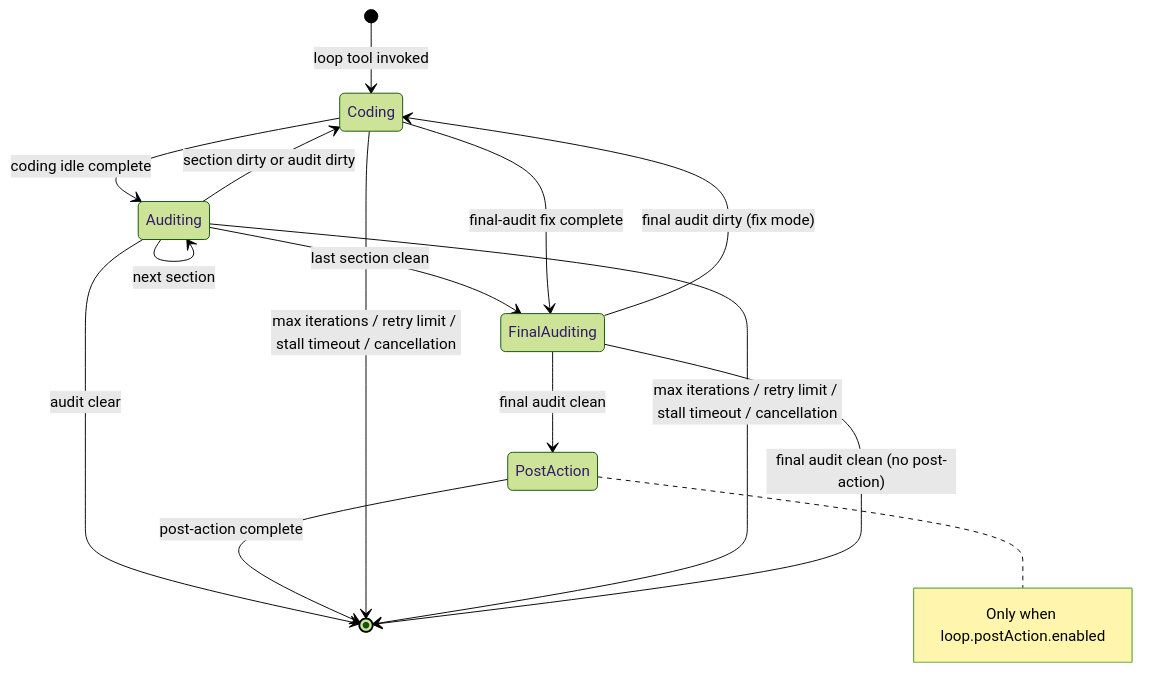
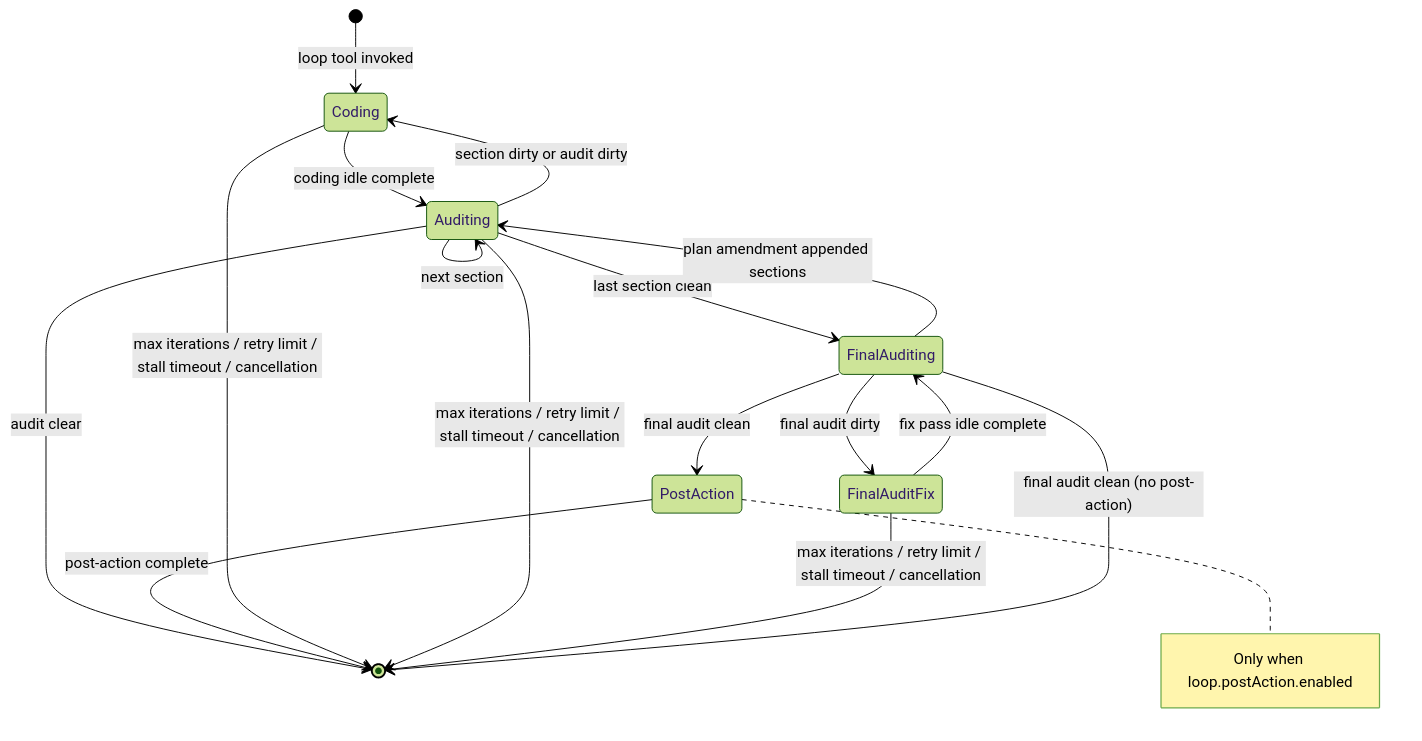
One commit to chriswritescode-dev/opencode-forge changed the first of 2 diagrams in docs/api/_media/loop-system.md. Above: the diagram before and after it, drawn with Mermaid (forest theme). The commit also changed other lines of this file and 69 other files, not shown here.

First line of the commit message:
feat: add loop FSM transitions, plan amendments, and audit rewind (#72)

````diff
--- a/docs/api/_media/loop-system.md
+++ b/docs/api/_media/loop-system.md
@@ -35,17 +35,19 @@
 ```mermaid
 stateDiagram-v2
     [*] --> Coding: loop tool invoked
     Coding --> Auditing: coding idle complete
     Auditing --> Coding: section dirty or audit dirty
     Auditing --> Auditing: next section
     Auditing --> FinalAuditing: last section clean
     Auditing --> [*]: audit clear
-    FinalAuditing --> Coding: final audit dirty (fix mode)
-    Coding --> FinalAuditing: final-audit fix complete
+    FinalAuditing --> FinalAuditFix: final audit dirty
+    FinalAuditFix --> FinalAuditing: fix pass idle complete
+    FinalAuditing --> Auditing: plan amendment appended sections
     FinalAuditing --> PostAction: final audit clean
     note right of PostAction: Only when loop.postAction.enabled
     PostAction --> [*]: post-action complete
     Coding --> [*]: max iterations / retry limit / stall timeout / cancellation
     Auditing --> [*]: max iterations / retry limit / stall timeout / cancellation
+    FinalAuditFix --> [*]: max iterations / retry limit / stall timeout / cancellation
     FinalAuditing --> [*]: final audit clean (no post-action)
 ```
````
